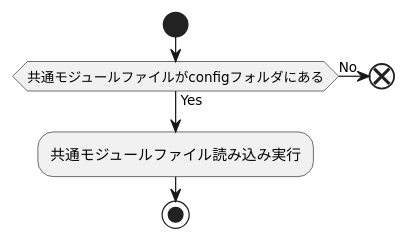
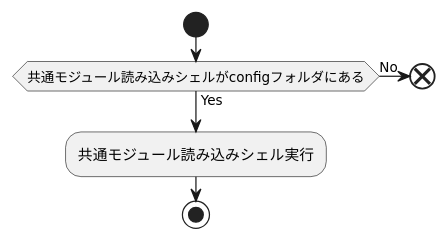
The third of 4 diagrams in doc/01_設計/011301_共通処理.md (take4bcreators/cafe-train-prj), drawn with PlantUML before and after one commit. The commit also changed other lines of this file and 10 other files, not shown here.

````diff
--- a/doc/01_設計/011301_共通処理.md
+++ b/doc/01_設計/011301_共通処理.md
@@ -37,9 +37,9 @@
 ```plantuml
 start
-if (共通モジュールファイルがconfigフォルダにある) then (Yes)
+if (共通モジュール読み込みシェルがconfigフォルダにある) then (Yes)
 else (No)
     end
 endif
-:共通モジュールファイル読み込み実行;
+:共通モジュール読み込みシェル実行;
 stop
 ```
````
